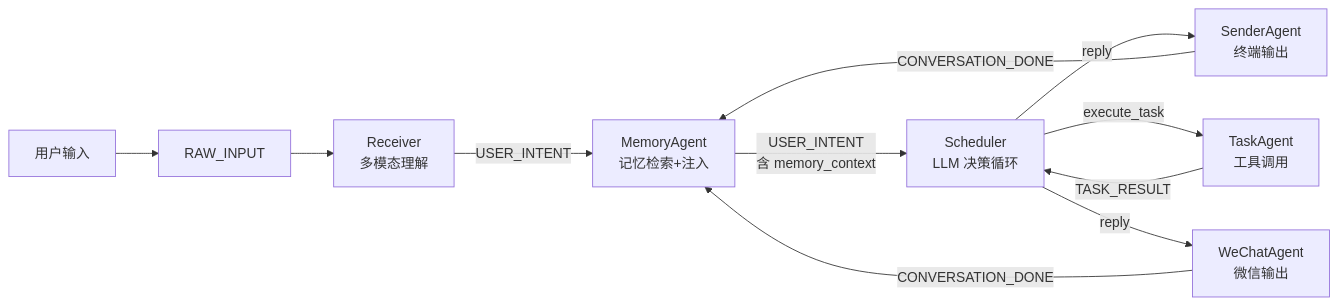
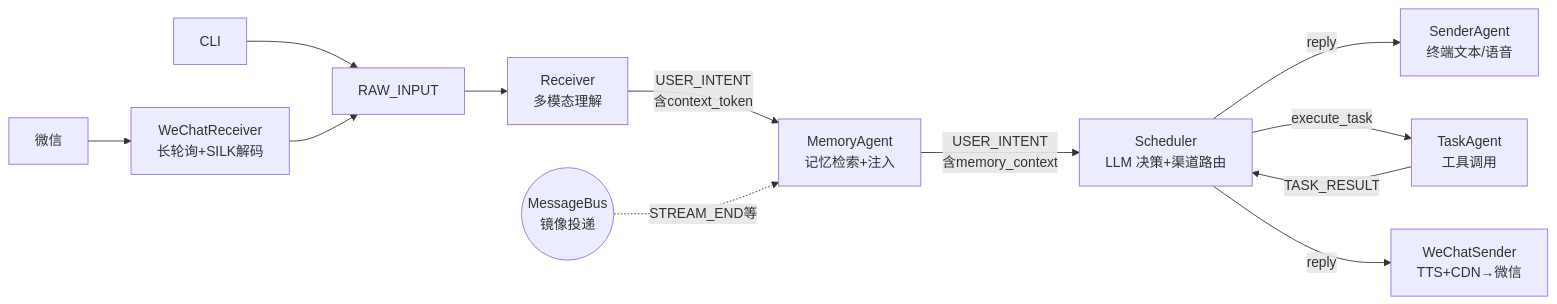
Before and after one commit to linnin233-l/mia: the diagram in 项目架构详解.md, drawn with Mermaid. The commit also changed other lines of this file, not shown here.

Commit message:
docs: 项目架构详解 — 7 Agent、收发分离、总线镜像、分页浏览器

````diff
--- a/项目架构详解.md
+++ b/项目架构详解.md
@@ -25,13 +26,13 @@
 ```mermaid
 flowchart LR
-    User[用户输入] --> RAW[RAW_INPUT]
+    CLI --> RAW[RAW_INPUT]
+    WX[微信] --> WR[WeChatReceiver<br/>长轮询+SILK解码] --> RAW
     RAW --> R[Receiver<br/>多模态理解]
-    R -->|USER_INTENT| Mem[MemoryAgent<br/>记忆检索+注入]
-    Mem -->|USER_INTENT<br/>含 memory_context| Sch[Scheduler<br/>LLM 决策循环]
-    Sch -->|reply| SD[SenderAgent<br/>终端输出]
+    R -->|USER_INTENT<br/>含context_token| Mem[MemoryAgent<br/>记忆检索+注入]
+    Mem -->|USER_INTENT<br/>含memory_context| Sch[Scheduler<br/>LLM 决策+渠道路由]
+    Sch -->|reply| SD[SenderAgent<br/>终端文本/语音]
     Sch -->|execute_task| TA[TaskAgent<br/>工具调用]
     TA -->|TASK_RESULT| Sch
-    Sch -->|reply| WA[WeChatAgent<br/>微信输出]
-    WA -->|CONVERSATION_DONE| Mem
-    SD -->|CONVERSATION_DONE| Mem
+    Sch -->|reply| WS[WeChatSender<br/>TTS+CDN→微信]
+    Bus((MessageBus<br/>镜像投递)) -.->|STREAM_END等| Mem
 ```
````
